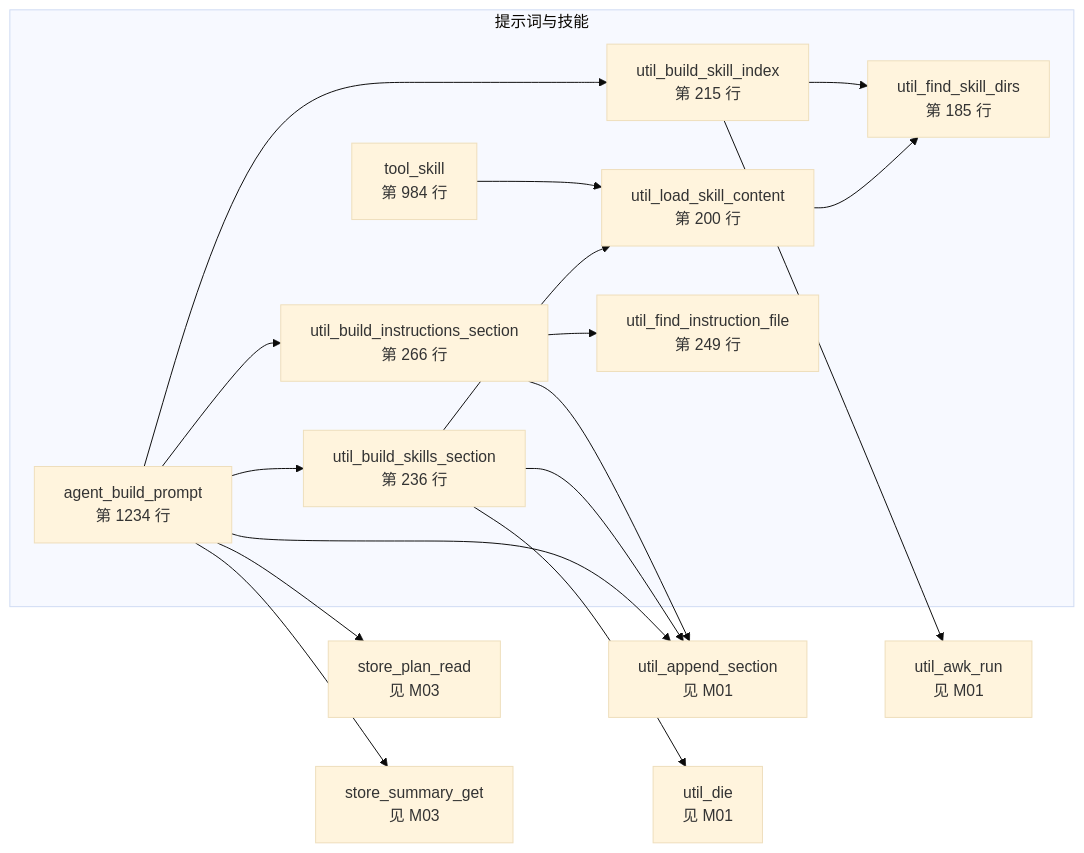
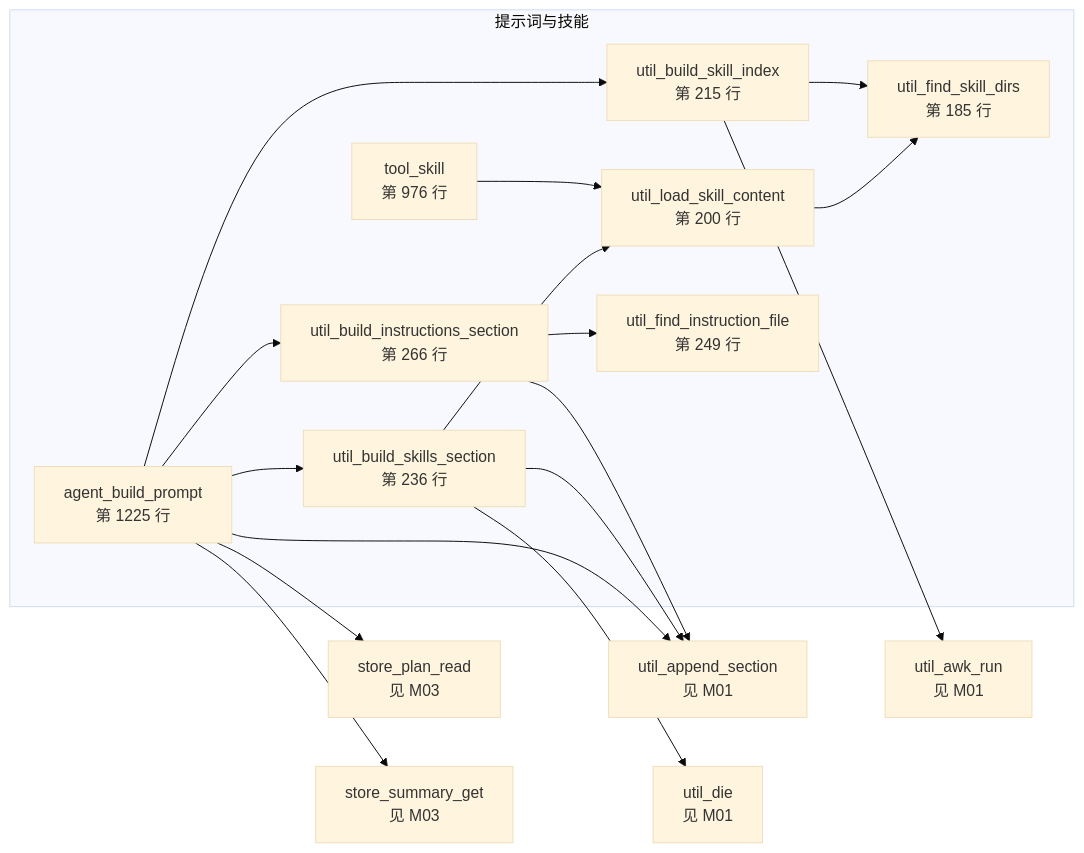
Before and after one commit to lloydzhou/bash-agent: the sixth of 15 diagrams in docs/bash-data-flow.md, drawn with Mermaid (base theme). The commit also changed other lines of this file and 2 other files, not shown here.

````diff
--- a/docs/bash-data-flow.md
+++ b/docs/bash-data-flow.md
@@ -221,33 +220,33 @@
 ```mermaid
 flowchart LR
   subgraph mod_4["提示词与技能"]
-    f_agent_build_prompt["agent_build_prompt<br/>第 1234 行"]
+    f_agent_build_prompt["agent_build_prompt<br/>第 1225 行"]
     f_util_find_skill_dirs["util_find_skill_dirs<br/>第 185 行"]
     f_util_load_skill_content["util_load_skill_content<br/>第 200 行"]
     f_util_build_skill_index["util_build_skill_index<br/>第 215 行"]
     f_util_build_skills_section["util_build_skills_section<br/>第 236 行"]
     f_util_find_instruction_file["util_find_instruction_file<br/>第 249 行"]
     f_util_build_instructions_section["util_build_instructions_section<br/>第 266 行"]
-    f_tool_skill["tool_skill<br/>第 984 行"]
+    f_tool_skill["tool_skill<br/>第 976 行"]
   end
   f_store_plan_read["store_plan_read<br/>见 M03"]
   f_store_summary_get["store_summary_get<br/>见 M03"]
   f_util_append_section["util_append_section<br/>见 M01"]
   f_util_awk_run["util_awk_run<br/>见 M01"]
   f_util_die["util_die<br/>见 M01"]
   f_agent_build_prompt --> f_util_build_instructions_section
   f_agent_build_prompt --> f_util_build_skill_index
   f_agent_build_prompt --> f_util_build_skills_section
   f_agent_build_prompt --> f_store_plan_read
   f_agent_build_prompt --> f_store_summary_get
   f_agent_build_prompt --> f_util_append_section
   f_util_load_skill_content --> f_util_find_skill_dirs
   f_util_build_skill_index --> f_util_find_skill_dirs
   f_util_build_skill_index --> f_util_awk_run
   f_util_build_skills_section --> f_util_load_skill_content
   f_util_build_skills_section --> f_util_die
   f_util_build_skills_section --> f_util_append_section
   f_util_build_instructions_section --> f_util_find_instruction_file
   f_util_build_instructions_section --> f_util_append_section
   f_tool_skill --> f_util_load_skill_content
 ```
````
